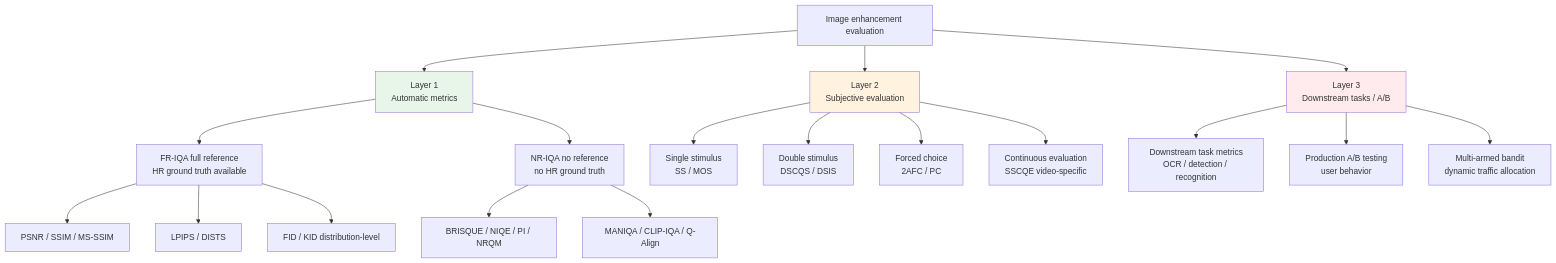
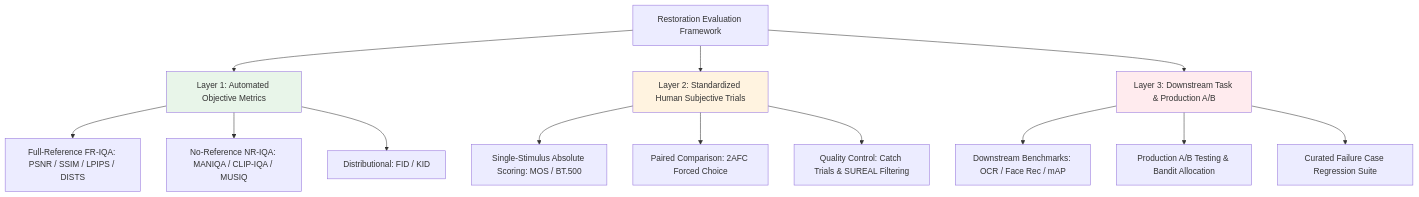
One commit to yingwang/image-enhancement-guide changed the first of 3 diagrams in en/chapters/12-evaluation.md. Above: the diagram before and after it, drawn with Mermaid. The commit also changed other lines of this file and 18 other files, not shown here.

````diff
--- a/en/chapters/12-evaluation.md
+++ b/en/chapters/12-evaluation.md
@@ -61,28 +30,22 @@
 ```mermaid
 graph TD
-    Eval[Image enhancement evaluation]
-    Eval --> L1[Layer 1<br/>Automatic metrics]
-    Eval --> L2[Layer 2<br/>Subjective evaluation]
-    Eval --> L3[Layer 3<br/>Downstream tasks / A/B]
+    Eval[Restoration Evaluation Framework] --> L1[Layer 1: Automated Objective Metrics]
+    Eval --> L2[Layer 2: Standardized Human Subjective Trials]
+    Eval --> L3[Layer 3: Downstream Task & Production A/B]
 
-    L1 --> FR[FR-IQA full reference<br/>HR ground truth available]
-    L1 --> NR[NR-IQA no reference<br/>no HR ground truth]
-    FR --> FR1[PSNR / SSIM / MS-SSIM]
-    FR --> FR2[LPIPS / DISTS]
-    FR --> FR3[FID / KID distribution-level]
-    NR --> NR1[BRISQUE / NIQE / PI / NRQM]
-    NR --> NR2[MANIQA / CLIP-IQA / Q-Align]
+    L1 --> FR[Full-Reference FR-IQA: PSNR / SSIM / LPIPS / DISTS]
+    L1 --> NR[No-Reference NR-IQA: MANIQA / CLIP-IQA / MUSIQ]
+    L1 --> Dist[Distributional: FID / KID]
 
-    L2 --> SS[Single stimulus<br/>SS / MOS]
-    L2 --> DS[Double stimulus<br/>DSCQS / DSIS]
-    L2 --> PC[Forced choice<br/>2AFC / PC]
-    L2 --> CV[Continuous evaluation<br/>SSCQE video-specific]
+    L2 --> SS[Single-Stimulus Absolute Scoring: MOS / BT.500]
+    L2 --> PC[Paired Comparison: 2AFC Forced Choice]
+    L2 --> StatQC[Quality Control: Catch Trials & SUREAL Filtering]
 
-    L3 --> Down[Downstream task metrics<br/>OCR / detection / recognition]
-    L3 --> AB[Production A/B testing<br/>user behavior]
-    L3 --> Bandit[Multi-armed bandit<br/>dynamic traffic allocation]
+    L3 --> TaskEval[Downstream Benchmarks: OCR / Face Rec / mAP]
+    L3 --> LiveAB[Production A/B Testing & Bandit Allocation]
+    L3 --> FailBank[Curated Failure Case Regression Suite]
 
     style L1 fill:#e8f5e9
     style L2 fill:#fff3e0
     style L3 fill:#ffebee
 ```
````
